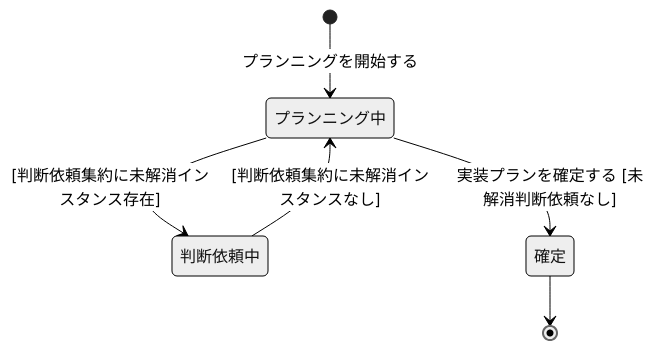
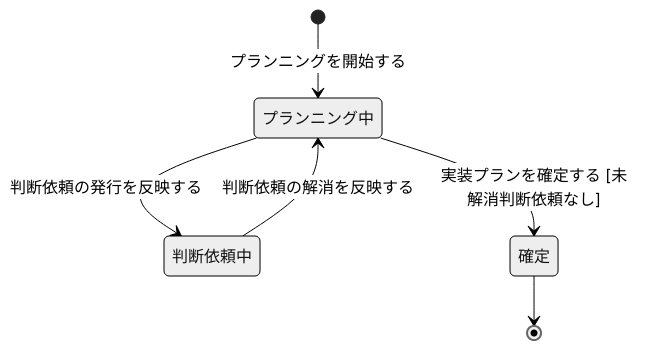
One commit to kuchita-el/claude-shared-skills changed the first of 7 diagrams in docs/development/event-storming.md. Above: the diagram before and after it, drawn with Mermaid (neutral theme). The commit also changed other lines of this file and 1 other file, not shown here.

````diff
--- a/docs/development/event-storming.md
+++ b/docs/development/event-storming.md
@@ -107,8 +110,8 @@
 ```mermaid
 stateDiagram-v2
     [*] --> プランニング中: プランニングを開始する
-    プランニング中 --> 判断依頼中: [判断依頼集約に未解消インスタンス存在]
-    判断依頼中 --> プランニング中: [判断依頼集約に未解消インスタンスなし]
+    プランニング中 --> 判断依頼中: 判断依頼の発行を反映する
+    判断依頼中 --> プランニング中: 判断依頼の解消を反映する
     プランニング中 --> 確定: 実装プランを確定する [未解消判断依頼なし]
     確定 --> [*]
 ```
````
